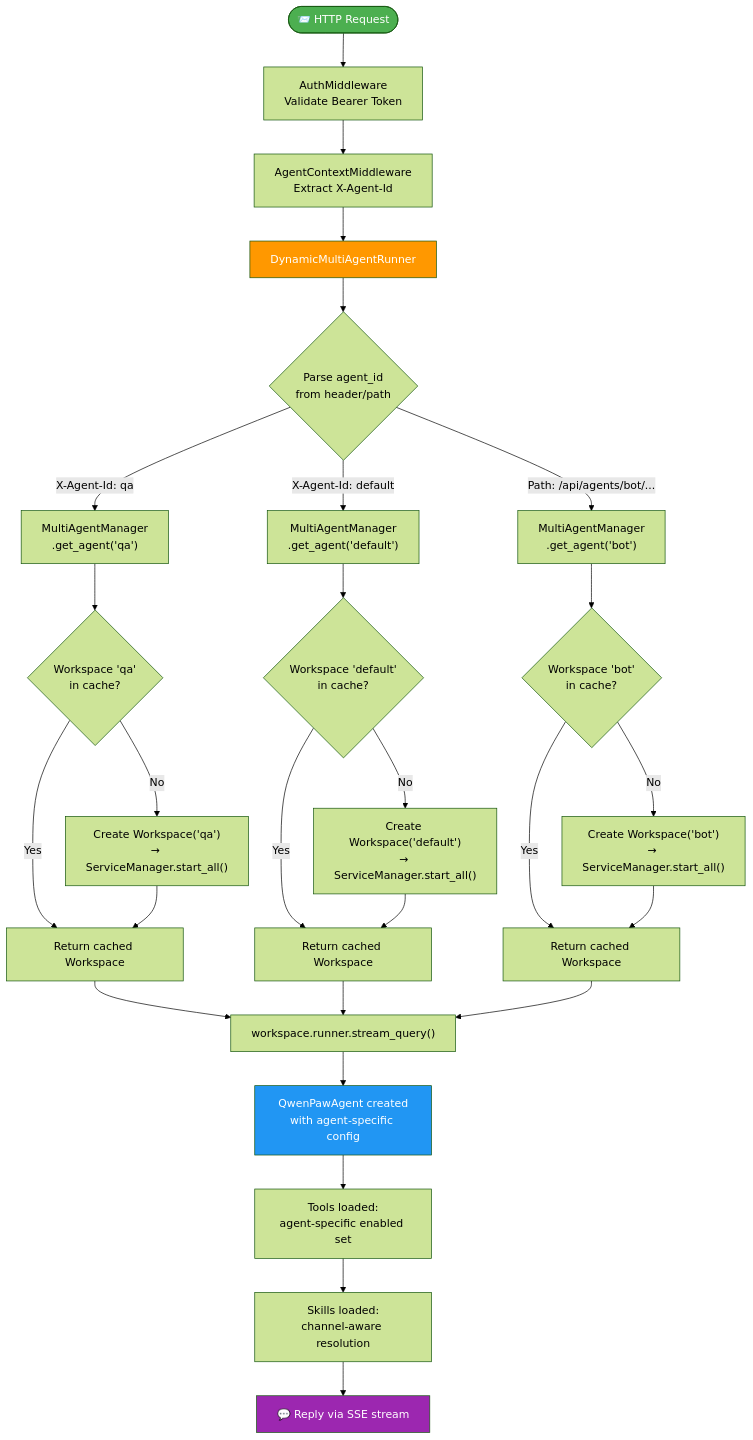
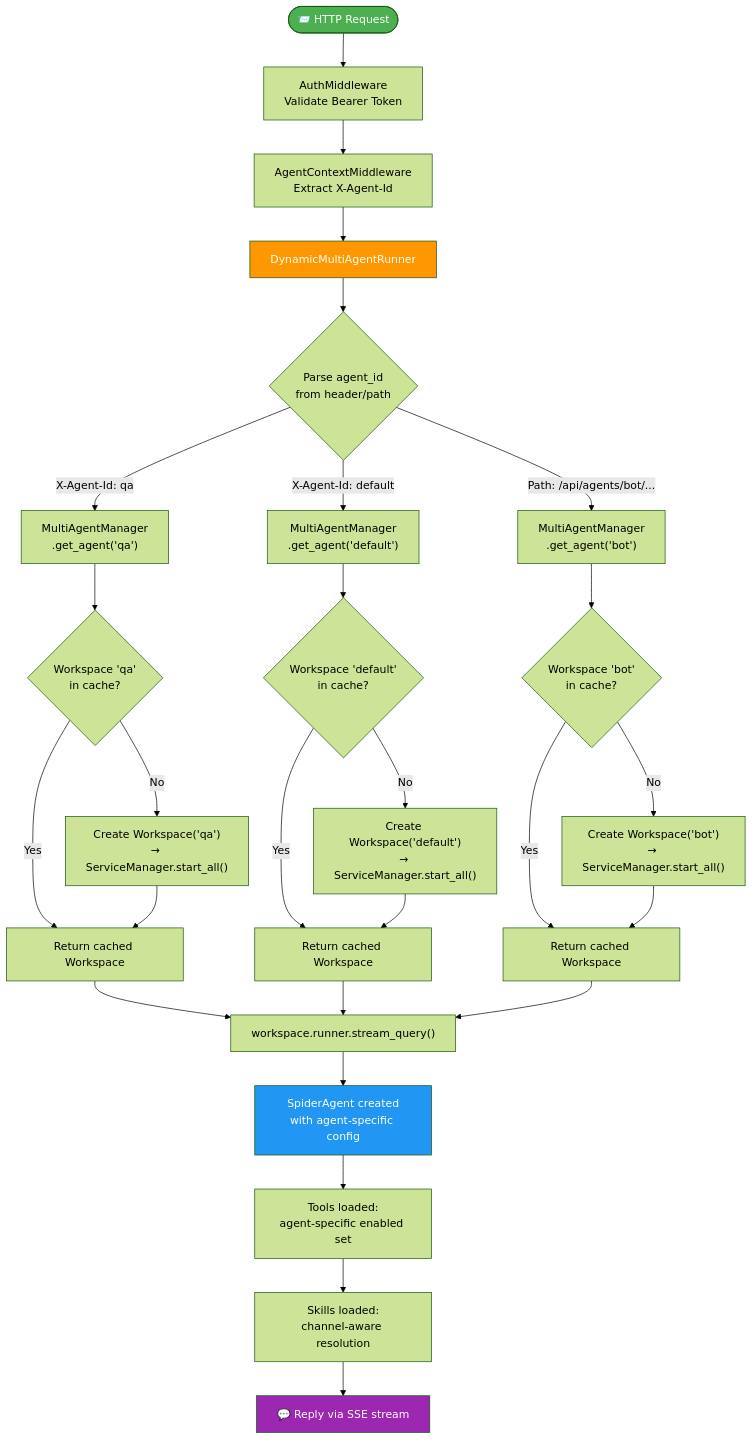
One commit to phamdinhdat-ai/SpiderAgents changed the third of 9 diagrams in docs/15-agent-flows.md. Above: the diagram before and after it, drawn with Mermaid (forest theme). The commit also changed other lines of this file and 37 other files, not shown here.

Commit message:
esolves the model from three levels: agent-specific slot → global

````diff
--- a/docs/15-agent-flows.md
+++ b/docs/15-agent-flows.md
@@ -129,41 +129,41 @@
 ```mermaid
 flowchart TD
     REQ(["📨 HTTP Request"]) --> AUTH["AuthMiddleware<br/>Validate Bearer Token"]
     AUTH --> CTX["AgentContextMiddleware<br/>Extract X-Agent-Id"]
     CTX --> RUNNER["DynamicMultiAgentRunner"]
     
     RUNNER --> PARSE{"Parse agent_id<br/>from header/path"}
     PARSE -->|"X-Agent-Id: qa"| QA["MultiAgentManager<br/>.get_agent('qa')"]
     PARSE -->|"X-Agent-Id: default"| DEF["MultiAgentManager<br/>.get_agent('default')"]
     PARSE -->|"Path: /api/agents/bot/..."| BOT["MultiAgentManager<br/>.get_agent('bot')"]
     
     QA --> LOCK{"Workspace 'qa'<br/>in cache?"}
     DEF --> LOCK2{"Workspace 'default'<br/>in cache?"}
     BOT --> LOCK3{"Workspace 'bot'<br/>in cache?"}
     
     LOCK -->|No| CREATE_QA["Create Workspace('qa')<br/>→ ServiceManager.start_all()"]
     LOCK -->|Yes| USE_QA["Return cached Workspace"]
     CREATE_QA --> USE_QA
     
     LOCK2 -->|No| CREATE_DEF["Create Workspace('default')<br/>→ ServiceManager.start_all()"]
     LOCK2 -->|Yes| USE_DEF["Return cached Workspace"]
     CREATE_DEF --> USE_DEF
     
     LOCK3 -->|No| CREATE_BOT["Create Workspace('bot')<br/>→ ServiceManager.start_all()"]
     LOCK3 -->|Yes| USE_BOT["Return cached Workspace"]
     CREATE_BOT --> USE_BOT
     
     USE_QA --> RUN["workspace.runner.stream_query()"]
     USE_DEF --> RUN
     USE_BOT --> RUN
     
-    RUN --> AGENT["QwenPawAgent created<br/>with agent-specific config"]
+    RUN --> AGENT["SpiderAgent created<br/>with agent-specific config"]
     AGENT --> TOOLS["Tools loaded:<br/>agent-specific enabled set"]
     TOOLS --> SKILLS["Skills loaded:<br/>channel-aware resolution"]
     SKILLS --> REPLY["💬 Reply via SSE stream"]
 
     style REQ fill:#4CAF50,color:#fff
     style RUNNER fill:#FF9800,color:#fff
     style AGENT fill:#2196F3,color:#fff
     style REPLY fill:#9C27B0,color:#fff
 ```
````
